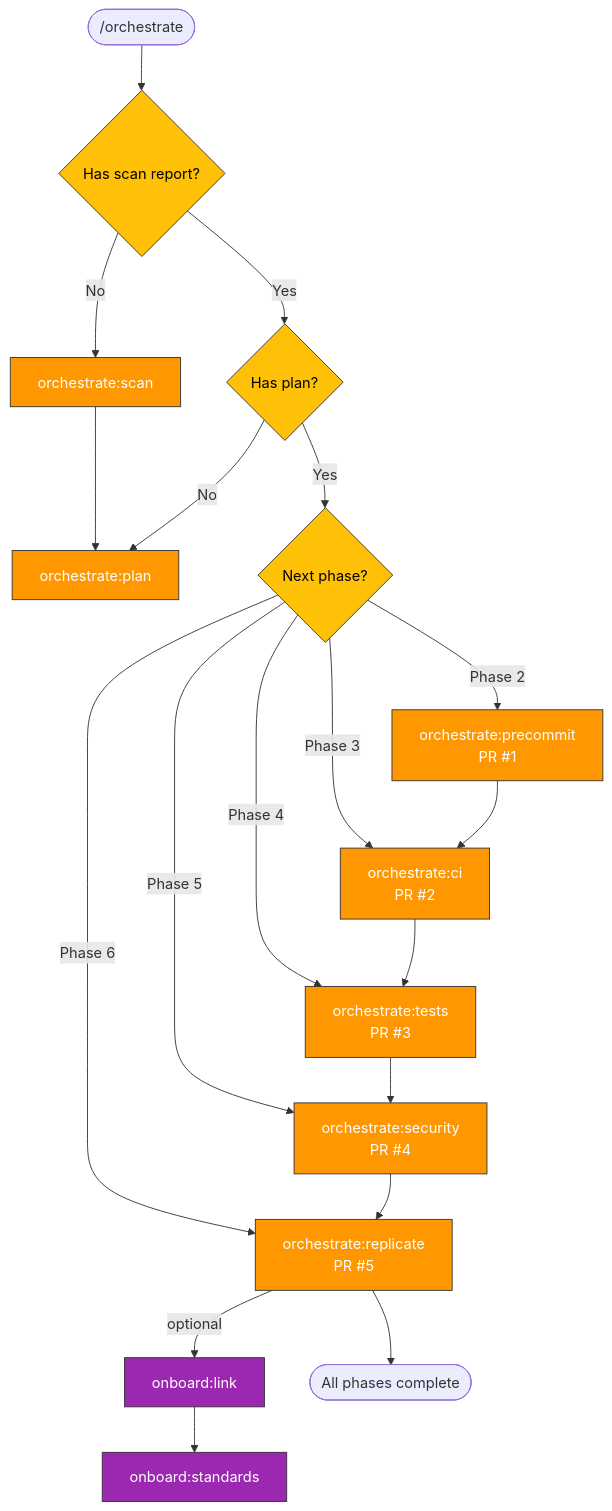
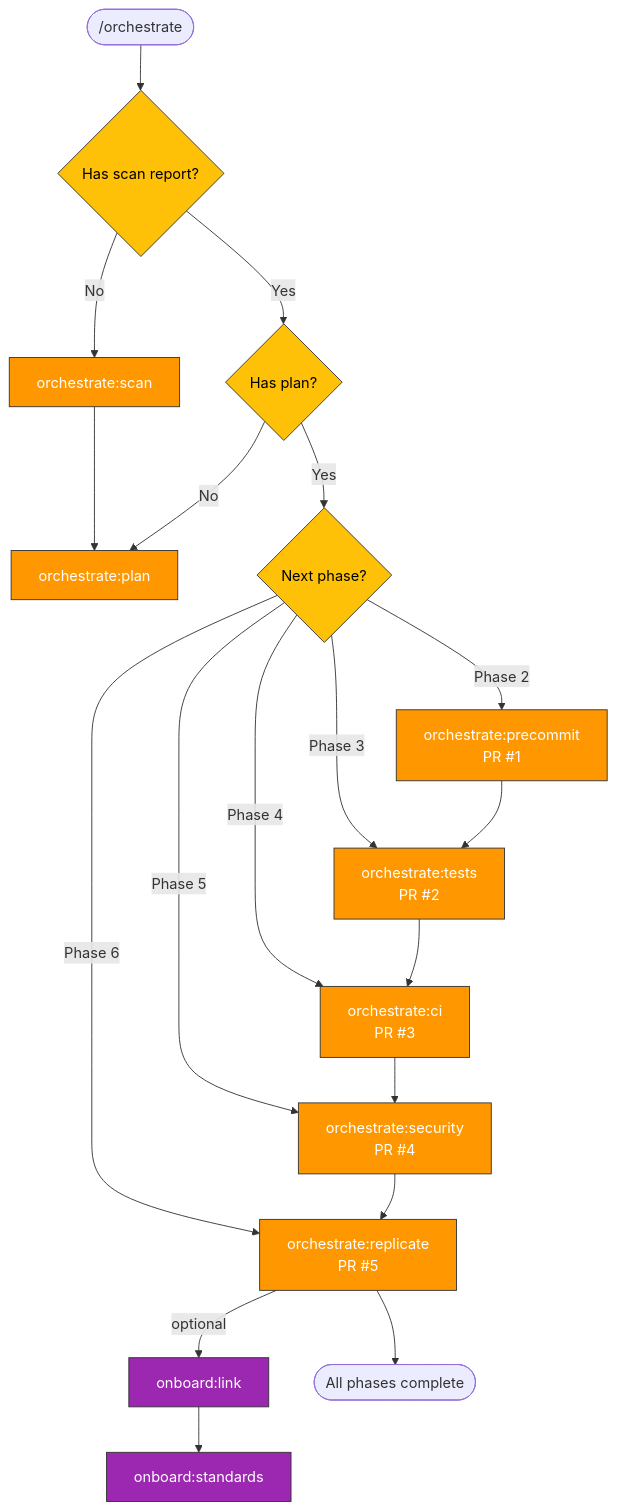
The diagram in .claude/skills/orchestrate/SKILL.md (kagenti/kagenti), drawn with Mermaid before and after one commit. The commit also changed other lines of this file and 5 other files, not shown here.

First line of the commit message:
🔧 Reorder phases: tests before CI and security

````diff
--- a/.claude/skills/orchestrate/SKILL.md
+++ b/.claude/skills/orchestrate/SKILL.md
@@ -6,30 +6,30 @@
 ```mermaid
 flowchart TD
     START(["/orchestrate"]) --> HAS_SCAN{Has scan report?}
 
     HAS_SCAN -->|No| SCAN["orchestrate:scan"]:::orch
     SCAN --> PLAN["orchestrate:plan"]:::orch
     HAS_SCAN -->|Yes| HAS_PLAN{Has plan?}
 
     HAS_PLAN -->|No| PLAN
     HAS_PLAN -->|Yes| NEXT_PHASE{Next phase?}
 
     NEXT_PHASE -->|Phase 2| PRECOMMIT["orchestrate:precommit<br/>PR #1"]:::orch
-    NEXT_PHASE -->|Phase 3| CI["orchestrate:ci<br/>PR #2"]:::orch
-    NEXT_PHASE -->|Phase 4| TESTS["orchestrate:tests<br/>PR #3"]:::orch
+    NEXT_PHASE -->|Phase 3| TESTS["orchestrate:tests<br/>PR #2"]:::orch
+    NEXT_PHASE -->|Phase 4| CI["orchestrate:ci<br/>PR #3"]:::orch
     NEXT_PHASE -->|Phase 5| SECURITY["orchestrate:security<br/>PR #4"]:::orch
     NEXT_PHASE -->|Phase 6| REPLICATE["orchestrate:replicate<br/>PR #5"]:::orch
 
-    PRECOMMIT --> CI
-    CI --> TESTS
-    TESTS --> SECURITY
+    PRECOMMIT --> TESTS
+    TESTS --> CI
+    CI --> SECURITY
     SECURITY --> REPLICATE
     REPLICATE -->|optional| ONBOARD_LINK["onboard:link"]:::onb
     ONBOARD_LINK --> ONBOARD_STD["onboard:standards"]:::onb
     REPLICATE --> DONE([All phases complete])
 
     classDef orch fill:#FF9800,stroke:#333,color:white
     classDef onb fill:#9C27B0,stroke:#333,color:white
     classDef check fill:#FFC107,stroke:#333,color:black
     class HAS_SCAN,HAS_PLAN,NEXT_PHASE check
 ```
````
